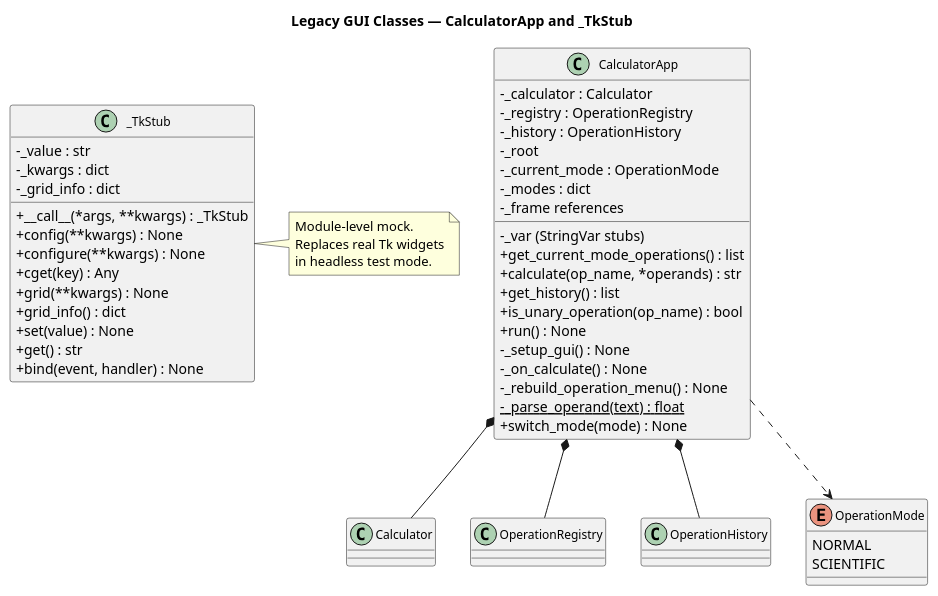
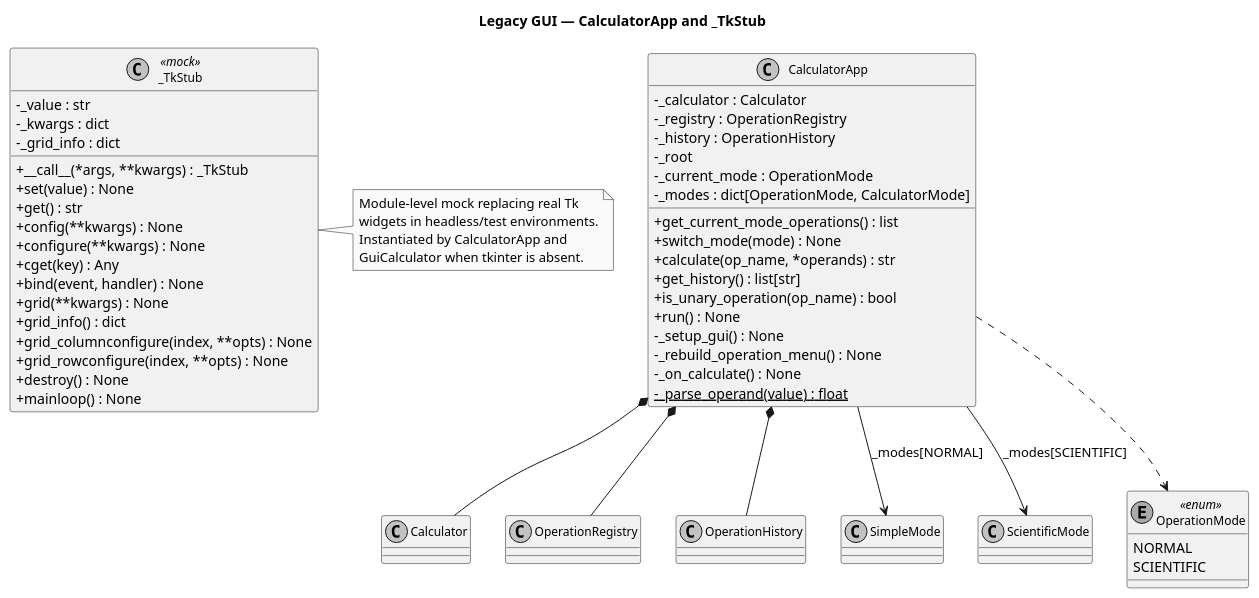
Before and after one commit to DanielRiha8906/Calculator_bachelor_autoevolution_team: the diagram in artifacts/class_gui_legacy.puml, drawn with PlantUML. The commit also changed 8 other files, not shown here.

First line of the commit message:
docs: update PlantUML diagrams for iOS-style GuiCalculator redesign

```diff
--- a/artifacts/class_gui_legacy.puml
+++ b/artifacts/class_gui_legacy.puml
@@ -1,66 +1,74 @@
 @startuml
+skinparam monochrome true
+skinparam shadowing false
 skinparam classAttributeIconSize 0
 skinparam classFontSize 12
-title Legacy GUI Classes — CalculatorApp and _TkStub
+title Legacy GUI — CalculatorApp and _TkStub
 
-class _TkStub {
-    ' Captures widget constructor args for test assertions
+class _TkStub <<mock>> {
     - _value : str
     - _kwargs : dict
     - _grid_info : dict
     + __call__(*args, **kwargs) : _TkStub
+    + set(value) : None
+    + get() : str
     + config(**kwargs) : None
     + configure(**kwargs) : None
     + cget(key) : Any
+    + bind(event, handler) : None
     + grid(**kwargs) : None
     + grid_info() : dict
-    + set(value) : None
-    + get() : str
-    + bind(event, handler) : None
+    + grid_columnconfigure(index, **opts) : None
+    + grid_rowconfigure(index, **opts) : None
+    + destroy() : None
+    + mainloop() : None
 }
 
 note right of _TkStub
-  Module-level mock.
-  Replaces real Tk widgets
-  in headless test mode.
+  Module-level mock replacing real Tk
+  widgets in headless/test environments.
+  Instantiated by CalculatorApp and
+  GuiCalculator when tkinter is absent.
 end note
 
 class CalculatorApp {
-    ' Preserved for backward compatibility
+    ' Backward-compatible form-based GUI
     - _calculator : Calculator
     - _registry : OperationRegistry
     - _history : OperationHistory
     - _root
     - _current_mode : OperationMode
-    ' UI variable references
-    - _modes : dict
-    - _var (StringVar stubs)
-    - _frame references
-    ' Public API
+    - _modes : dict[OperationMode, CalculatorMode]
+    ' --- Public API ---
     + get_current_mode_operations() : list
+    + switch_mode(mode) : None
     + calculate(op_name, *operands) : str
-    + get_history() : list
+    + get_history() : list[str]
     + is_unary_operation(op_name) : bool
     + run() : None
-    ' Internal
+    ' --- Internal ---
     - _setup_gui() : None
+    - _rebuild_operation_menu() : None
     - _on_calculate() : None
-    - _rebuild_operation_menu() : None
-    - _parse_operand(text) : float   {static}
-    + switch_mode(mode) : None
+    - _parse_operand(value) : float   {static}
 }
 
 class Calculator
 class OperationRegistry
 class OperationHistory
-enum OperationMode {
+class SimpleMode
+class ScientificMode
+
+enum OperationMode <<enum>> {
     NORMAL
     SCIENTIFIC
 }
 
 CalculatorApp *-- Calculator
 CalculatorApp *-- OperationRegistry
 CalculatorApp *-- OperationHistory
 CalculatorApp ..> OperationMode
+CalculatorApp --> SimpleMode  : _modes[NORMAL]
+CalculatorApp --> ScientificMode : _modes[SCIENTIFIC]
 
 @enduml
```
